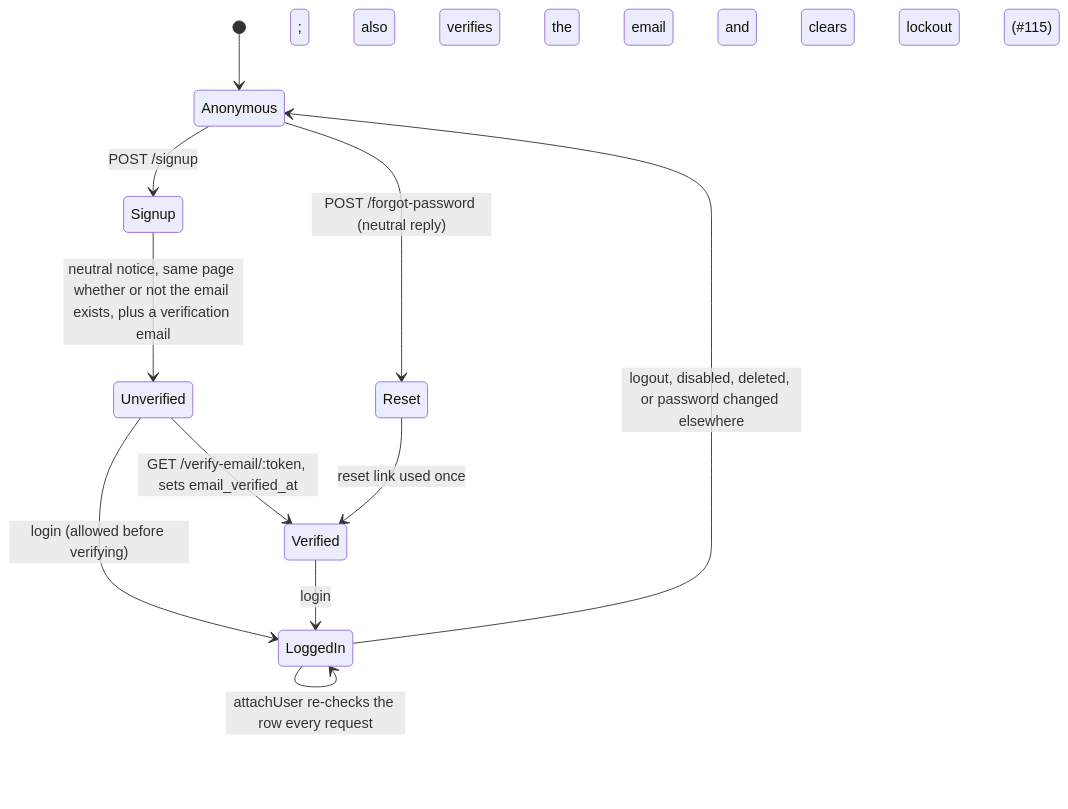
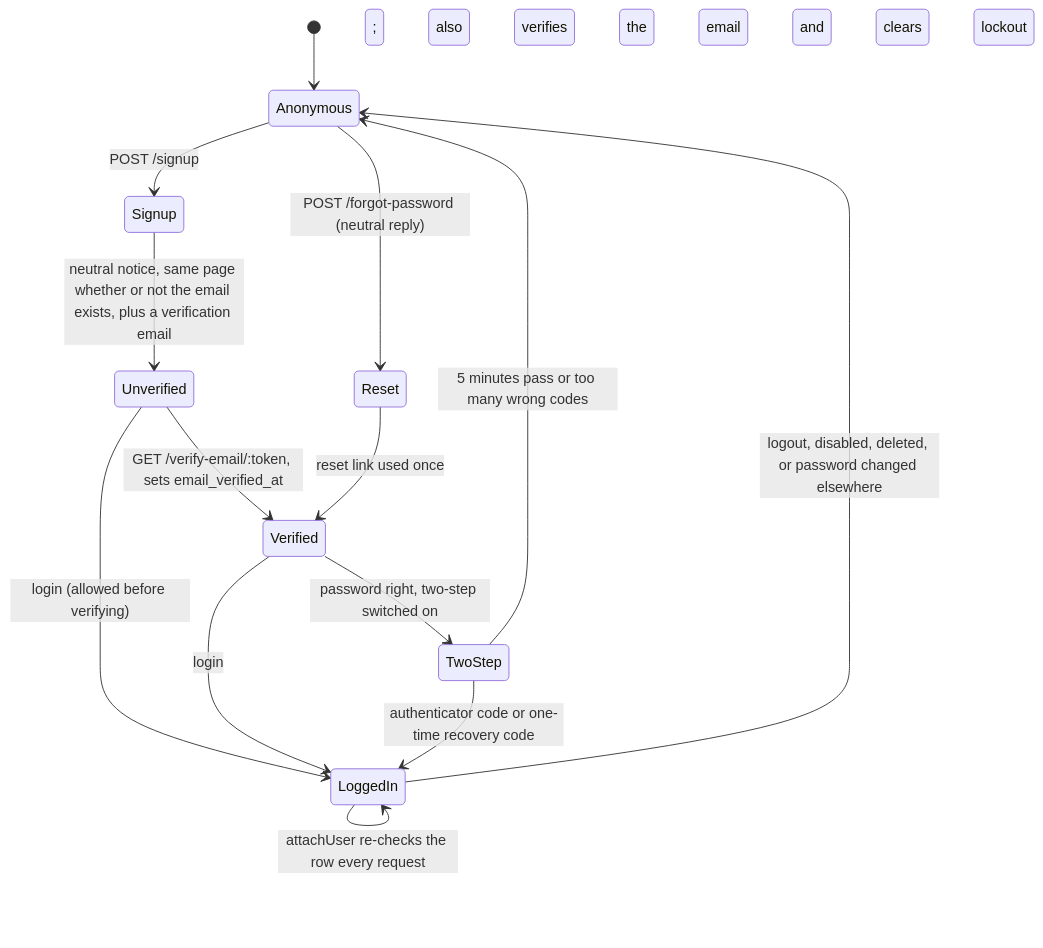
Before and after one commit to umasbooksadmin/umasbookswebsite: the fourth of 12 diagrams in docs/architecture.md, drawn with Mermaid. The commit also changed other lines of this file, not shown here.

First line of the commit message:
Bring docs/architecture.md up to date

````diff
--- a/docs/architecture.md
+++ b/docs/architecture.md
@@ -199,13 +221,16 @@
 ```mermaid
 stateDiagram-v2
   [*] --> Anonymous
   Anonymous --> Signup: POST /signup
   Signup --> Unverified: neutral notice, same page whether or not the email exists, plus a verification email
   Unverified --> Verified: GET /verify-email/:token, sets email_verified_at
   Unverified --> LoggedIn: login (allowed before verifying)
   Verified --> LoggedIn: login
+  Verified --> TwoStep: password right, two-step switched on
+  TwoStep --> LoggedIn: authenticator code or one-time recovery code
+  TwoStep --> Anonymous: 5 minutes pass or too many wrong codes
   LoggedIn --> LoggedIn: attachUser re-checks the row every request
   LoggedIn --> Anonymous: logout, disabled, deleted, or password changed elsewhere
   Anonymous --> Reset: POST /forgot-password (neutral reply)
-  Reset --> Verified: reset link used once; also verifies the email and clears the lockout (#115)
+  Reset --> Verified: reset link used once; also verifies the email and clears the lockout
 ```
````
